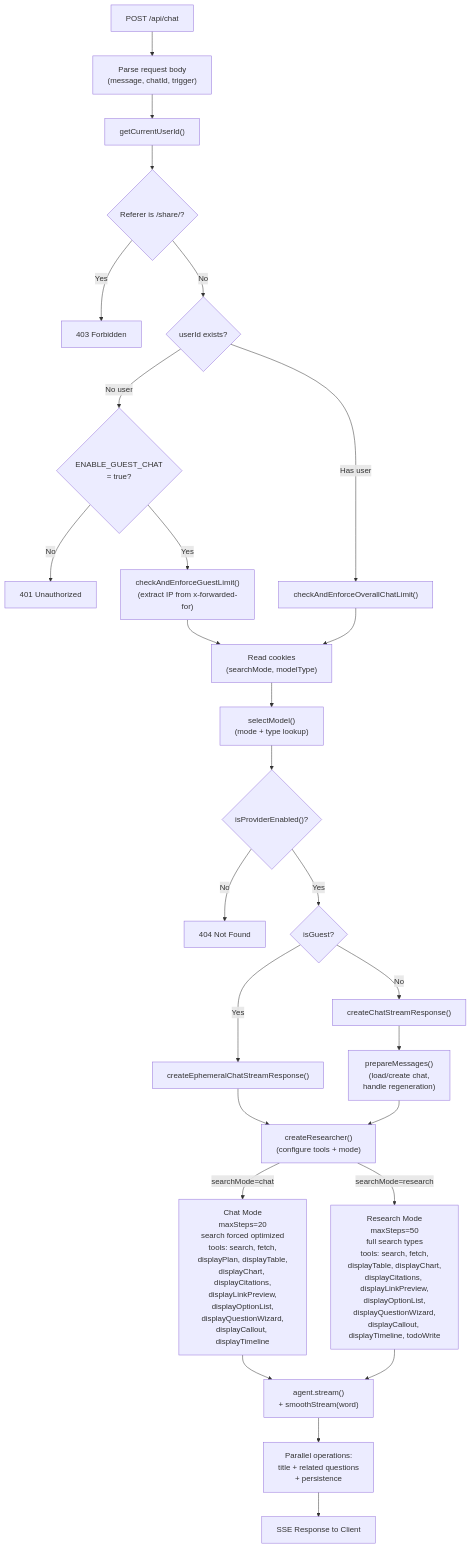
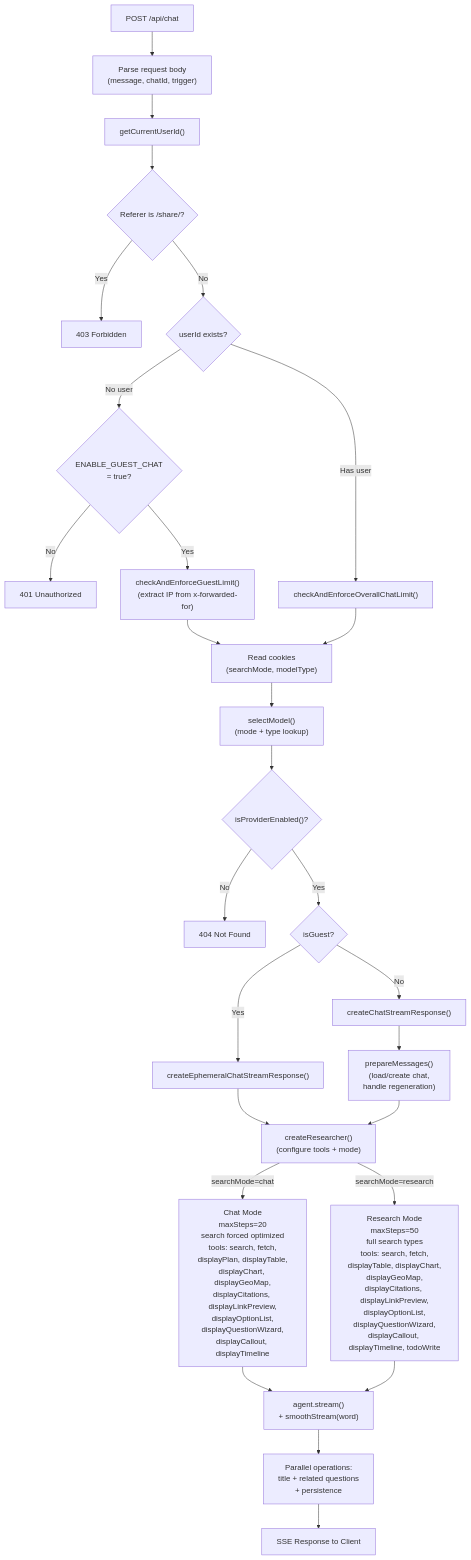
Before and after one commit to NickB03/polymorph: the second of 10 diagrams in docs/architecture/OVERVIEW.md, drawn with Mermaid. The commit also changed other lines of this file and 43 other files, not shown here.

````diff
--- a/docs/architecture/OVERVIEW.md
+++ b/docs/architecture/OVERVIEW.md
@@ -100,49 +100,49 @@
 ```mermaid
 flowchart TD
     POST["POST /api/chat"]
     Parse["Parse request body<br/>(message, chatId, trigger)"]
     Auth["getCurrentUserId()"]
     ShareCheck{"Referer is /share/?"}
     GuestCheck{"userId exists?"}
     GuestEnabled{"ENABLE_GUEST_CHAT<br/>= true?"}
     GuestLimit["checkAndEnforceGuestLimit()<br/>(extract IP from x-forwarded-for)"]
     OverallLimit["checkAndEnforceOverallChatLimit()"]
     Cookies["Read cookies<br/>(searchMode, modelType)"]
     SelectModel["selectModel()<br/>(mode + type lookup)"]
     ProviderCheck{"isProviderEnabled()?"}
     StreamBranch{"isGuest?"}
     EphemeralStream["createEphemeralChatStreamResponse()"]
     AuthStream["createChatStreamResponse()"]
     PrepareMsg["prepareMessages()<br/>(load/create chat,<br/>handle regeneration)"]
     CreateAgent["createResearcher()<br/>(configure tools + mode)"]
-    ChatMode["Chat Mode<br/>maxSteps=20<br/>search forced optimized<br/>tools: search, fetch,<br/>displayPlan, displayTable,<br/>displayChart, displayCitations,<br/>displayLinkPreview,<br/>displayOptionList,<br/>displayQuestionWizard,<br/>displayCallout, displayTimeline"]
-    ResearchMode["Research Mode<br/>maxSteps=50<br/>full search types<br/>tools: search, fetch,<br/>displayTable, displayChart,<br/>displayCitations, displayLinkPreview,<br/>displayOptionList,<br/>displayQuestionWizard,<br/>displayCallout, displayTimeline, todoWrite"]
+    ChatMode["Chat Mode<br/>maxSteps=20<br/>search forced optimized<br/>tools: search, fetch,<br/>displayPlan, displayTable,<br/>displayChart, displayGeoMap,<br/>displayCitations, displayLinkPreview,<br/>displayOptionList,<br/>displayQuestionWizard,<br/>displayCallout, displayTimeline"]
+    ResearchMode["Research Mode<br/>maxSteps=50<br/>full search types<br/>tools: search, fetch,<br/>displayTable, displayChart,<br/>displayGeoMap,<br/>displayCitations, displayLinkPreview,<br/>displayOptionList,<br/>displayQuestionWizard,<br/>displayCallout, displayTimeline, todoWrite"]
     AgentStream["agent.stream()<br/>+ smoothStream(word)"]
     Parallel["Parallel operations:<br/>title + related questions<br/>+ persistence"]
     SSE["SSE Response to Client"]
 
     POST --> Parse --> Auth
     Auth --> ShareCheck
     ShareCheck -->|Yes| ForbidShare["403 Forbidden"]
     ShareCheck -->|No| GuestCheck
     GuestCheck -->|No user| GuestEnabled
     GuestEnabled -->|No| Unauth["401 Unauthorized"]
     GuestEnabled -->|Yes| GuestLimit
     GuestLimit --> Cookies
     GuestCheck -->|Has user| OverallLimit
     OverallLimit --> Cookies
     Cookies --> SelectModel
     SelectModel --> ProviderCheck
     ProviderCheck -->|No| ProviderErr["404 Not Found"]
     ProviderCheck -->|Yes| StreamBranch
     StreamBranch -->|Yes| EphemeralStream
     StreamBranch -->|No| AuthStream
     AuthStream --> PrepareMsg
     EphemeralStream --> CreateAgent
     PrepareMsg --> CreateAgent
     CreateAgent -->|searchMode=chat| ChatMode
     CreateAgent -->|searchMode=research| ResearchMode
     ChatMode --> AgentStream
     ResearchMode --> AgentStream
     AgentStream --> Parallel --> SSE
 ```
````
